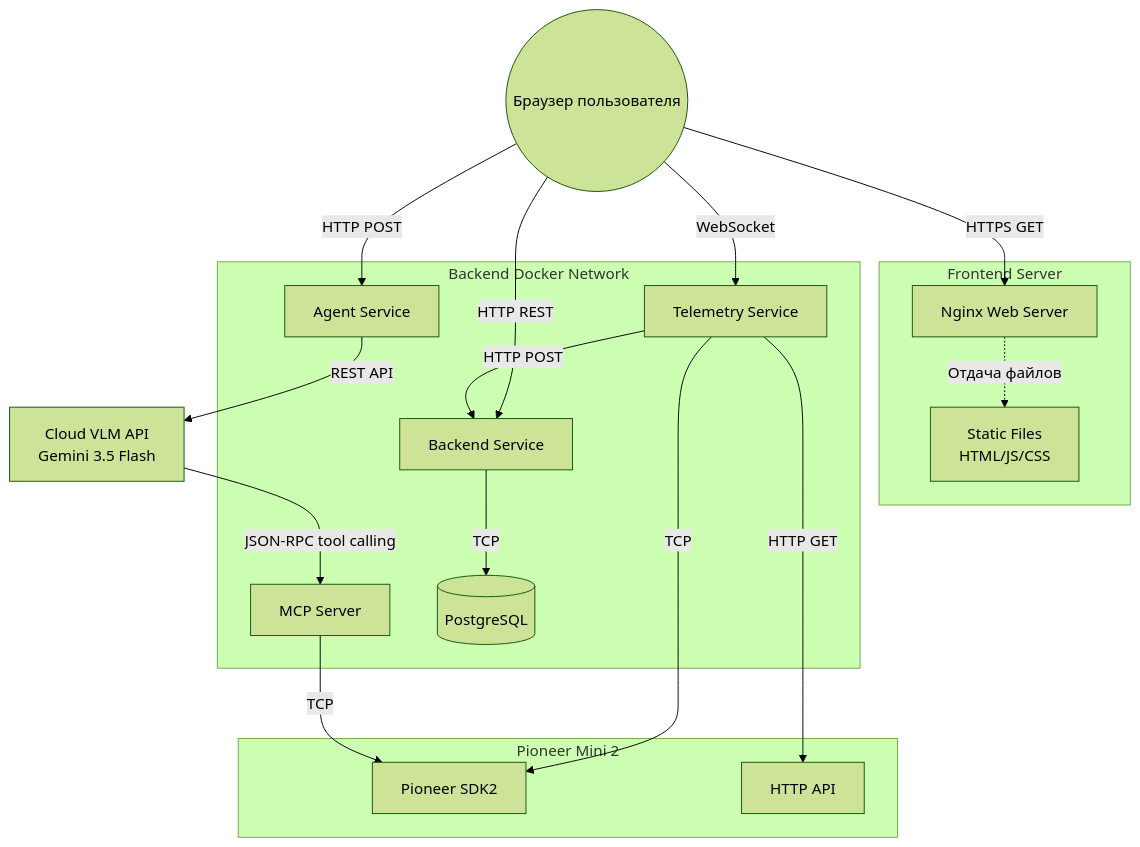
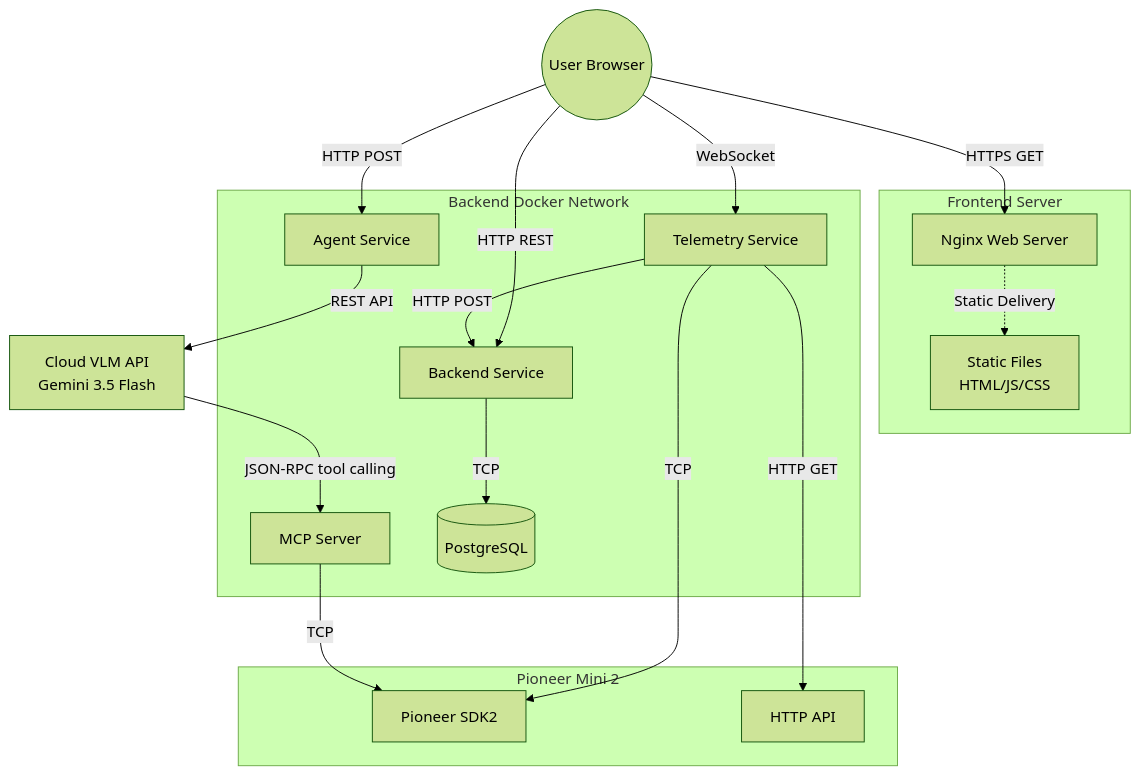
Before and after one commit to krisikas/Geoscan_MOPS: the second of 2 diagrams in README.md, drawn with Mermaid (forest theme). The commit also changed other lines of this file and 1 other file, not shown here.

````diff
--- a/README.md
+++ b/README.md
@@ -103,41 +104,41 @@
 ```mermaid
 flowchart TD
-    User((Браузер пользователя))
+    User((User Browser))
 
     subgraph Frontend_Layer[Frontend Server]
         Nginx[Nginx Web Server]
         Static[Static Files \nHTML/JS/CSS]
     end
 
     subgraph Docker_Backend[Backend Docker Network]
         Backend[Backend Service]
         AIService[Agent Service]
         Telemetry[Telemetry Service]
         MCP[MCP Server]
         DB[(PostgreSQL)]
     end
 
     subgraph Drone_Layer[Pioneer Mini 2]
         PioneerSDK2[Pioneer SDK2]
         HTTPAPI[HTTP API]
     end
 
     VLM[Cloud VLM API \nGemini 3.5 Flash]
 
     User -->|HTTPS GET| Nginx
-    Nginx -.->|Отдача файлов| Static
+    Nginx -.->|Static Delivery| Static
     
     User -->|HTTP REST| Backend
     User -->|WebSocket| Telemetry
     User -->|HTTP POST| AIService
     
     Backend -->|TCP| DB
     
     Telemetry -->|HTTP GET| HTTPAPI
     Telemetry -->|TCP| PioneerSDK2
     Telemetry -->|HTTP POST| Backend
     
     AIService -->|REST API| VLM
     VLM -->|JSON-RPC tool calling| MCP
     MCP -->|TCP| PioneerSDK2
 ```
````
